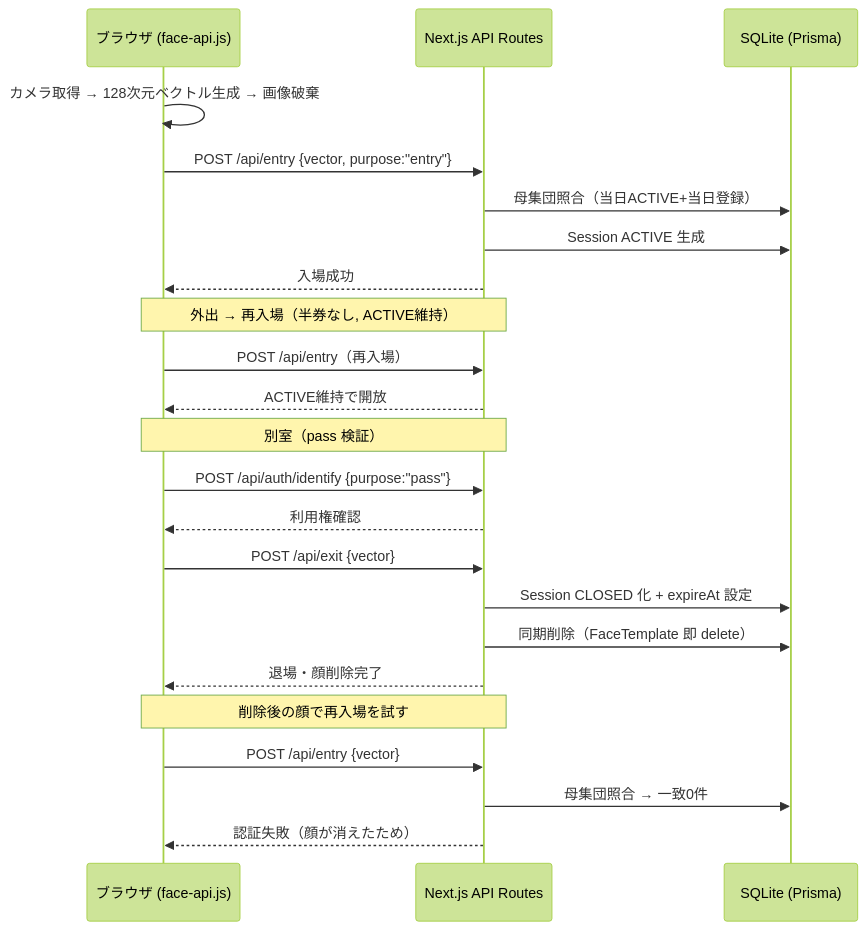
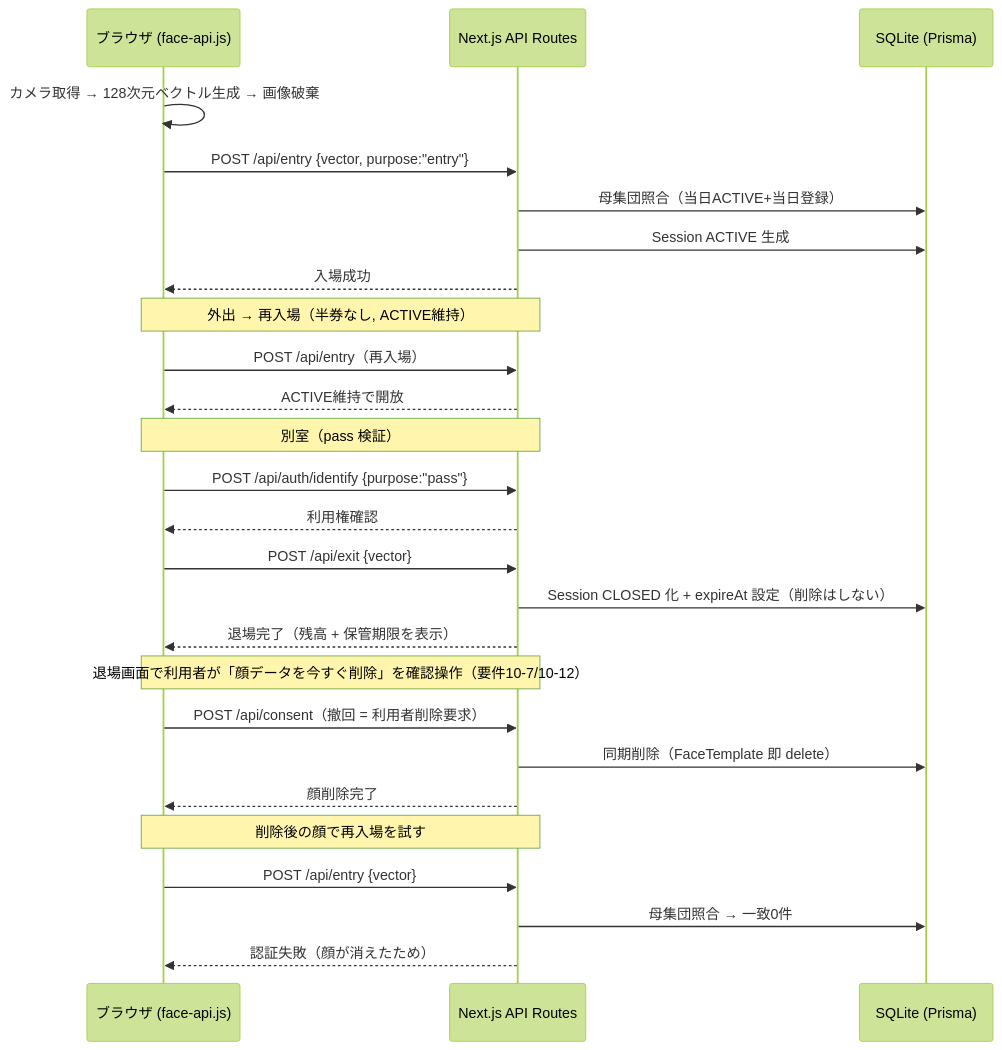
Before and after one commit to moon-travel/LE_hackathon: the third of 3 diagrams in .kiro/specs/face-auth-onsen-entry/design.md, drawn with Mermaid (forest theme). The commit also changed other lines of this file and 2 other files, not shown here.

````diff
--- a/.kiro/specs/face-auth-onsen-entry/design.md
+++ b/.kiro/specs/face-auth-onsen-entry/design.md
@@ -110,30 +110,34 @@
 ```mermaid
 sequenceDiagram
     participant B as ブラウザ (face-api.js)
     participant A as Next.js API Routes
     participant D as SQLite (Prisma)
 
     B->>B: カメラ取得 → 128次元ベクトル生成 → 画像破棄
     B->>A: POST /api/entry {vector, purpose:"entry"}
     A->>D: 母集団照合（当日ACTIVE+当日登録）
     A->>D: Session ACTIVE 生成
     A-->>B: 入場成功
 
     Note over B,A: 外出 → 再入場（半券なし, ACTIVE維持）
     B->>A: POST /api/entry（再入場）
     A-->>B: ACTIVE維持で開放
 
     Note over B,A: 別室（pass 検証）
     B->>A: POST /api/auth/identify {purpose:"pass"}
     A-->>B: 利用権確認
 
     B->>A: POST /api/exit {vector}
-    A->>D: Session CLOSED 化 + expireAt 設定
+    A->>D: Session CLOSED 化 + expireAt 設定（削除はしない）
+    A-->>B: 退場完了（残高 + 保管期限を表示）
+
+    Note over B,A: 退場画面で利用者が「顔データを今すぐ削除」を確認操作（要件10-7/10-12）
+    B->>A: POST /api/consent（撤回 = 利用者削除要求）
     A->>D: 同期削除（FaceTemplate 即 delete）
-    A-->>B: 退場・顔削除完了
+    A-->>B: 顔削除完了
 
     Note over B,A: 削除後の顔で再入場を試す
     B->>A: POST /api/entry {vector}
     A->>D: 母集団照合 → 一致0件
     A-->>B: 認証失敗（顔が消えたため）
 ```
````
